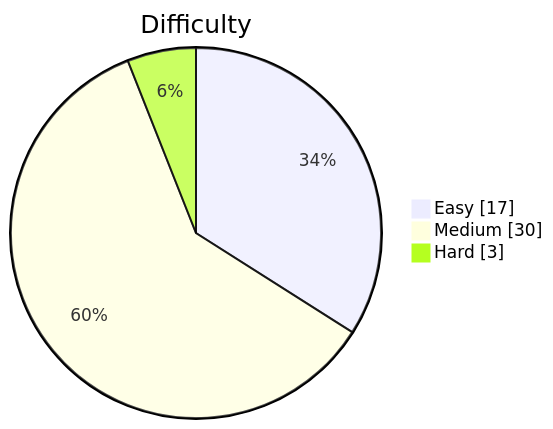
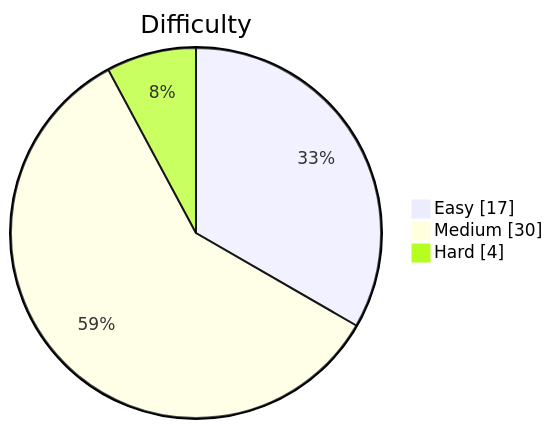
The diagram in README.md (kevstevie/python-algo-practice), drawn with Mermaid before and after one commit. The commit also changed other lines of this file, not shown here.

````diff
--- a/README.md
+++ b/README.md
@@ -13,7 +13,7 @@
 ```mermaid
 pie showData
     title Difficulty
     "Easy"   : 17
     "Medium" : 30
-    "Hard"   : 3
+    "Hard"   : 4
 ```
````
